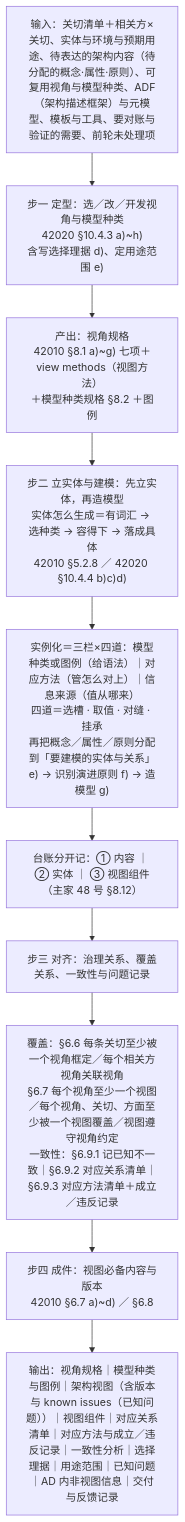
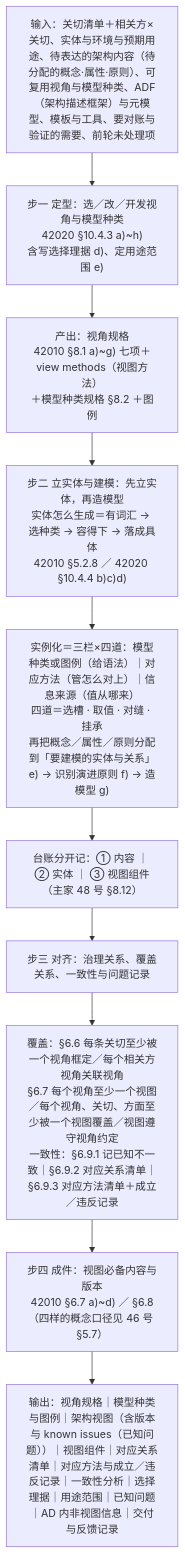
Before and after one commit to Yongjunzhou/business-Engineering: the seventh of 10 diagrams in 10-系统工程研究/00-系统工程相关研究报告/35-架构定义与视图设计研究报告-从意义目的到产品数据与四案例.md, drawn with Mermaid. The commit also changed other lines of this file and 26 other files, not shown here.

````diff
--- a/10-系统工程研究/00-系统工程相关研究报告/35-架构定义与视图设计研究报告-从意义目的到产品数据与四案例.md
+++ b/10-系统工程研究/00-系统工程相关研究报告/35-架构定义与视图设计研究报告-从意义目的到产品数据与四案例.md
@@ -872,12 +645,12 @@
 ```mermaid
 flowchart TD
     I["输入：关切清单＋相关方×关切、实体与环境与预期用途、待表达的架构内容（待分配的概念·属性·原则）、可复用视角与模型种类、ADF（架构描述框架）与元模型、模板与工具、要对账与验证的需要、前轮未处理项"] --> S1
     S1["步一 定型：选／改／开发视角与模型种类<br/>42020 §10.4.3 a)~h)<br/>含写选择理据 d)、定用途范围 e)"] --> A1["产出：视角规格<br/>42010 §8.1 a)~g) 七项＋view methods（视图方法）<br/>＋模型种类规格 §8.2 ＋图例"]
     A1 --> S2["步二 立实体与建模：先立实体，再造模型<br/>实体怎么生成＝有词汇 → 选种类 → 容得下 → 落成具体<br/>42010 §5.2.8 ／ 42020 §10.4.4 b)c)d)"]
     S2 --> A2["实例化＝三栏×四道：模型种类或图例（给语法）｜对应方法（管怎么对上）｜信息来源（值从哪来）<br/>四道＝选槽 · 取值 · 对缝 · 挂承<br/>再把概念／属性／原则分配到「要建模的实体与关系」e) → 识别演进原则 f) → 造模型 g)"]
     A2 --> A2b["台账分开记：① 内容 ｜ ② 实体 ｜ ③ 视图组件（主家 48 号 §8.12）"]
     A2b --> S3["步三 对齐：治理关系、覆盖关系、一致性与问题记录"]
     S3 --> A3["覆盖：§6.6 每条关切至少被一个视角框定／每个相关方视角关联视角<br/>§6.7 每个视角至少一个视图／每个视角、关切、方面至少被一个视图覆盖／视图遵守视角约定<br/>一致性：§6.9.1 记已知不一致｜§6.9.2 对应关系清单｜§6.9.3 对应方法清单＋成立／违反记录"]
-    A3 --> S4["步四 成件：视图必备内容与版本<br/>42010 §6.7 a)~d) ／ §6.8"]
+    A3 --> S4["步四 成件：视图必备内容与版本<br/>42010 §6.7 a)~d) ／ §6.8（四样的概念口径见 46 号 §5.7）"]
     S4 --> O["输出：视角规格｜模型种类与图例｜架构视图（含版本与 known issues（已知问题））｜视图组件｜对应关系清单｜对应方法与成立／违反记录｜一致性分析｜选择理据｜用途范围｜已知问题｜AD 内非视图信息｜交付与反馈记录"]
 ```
````
